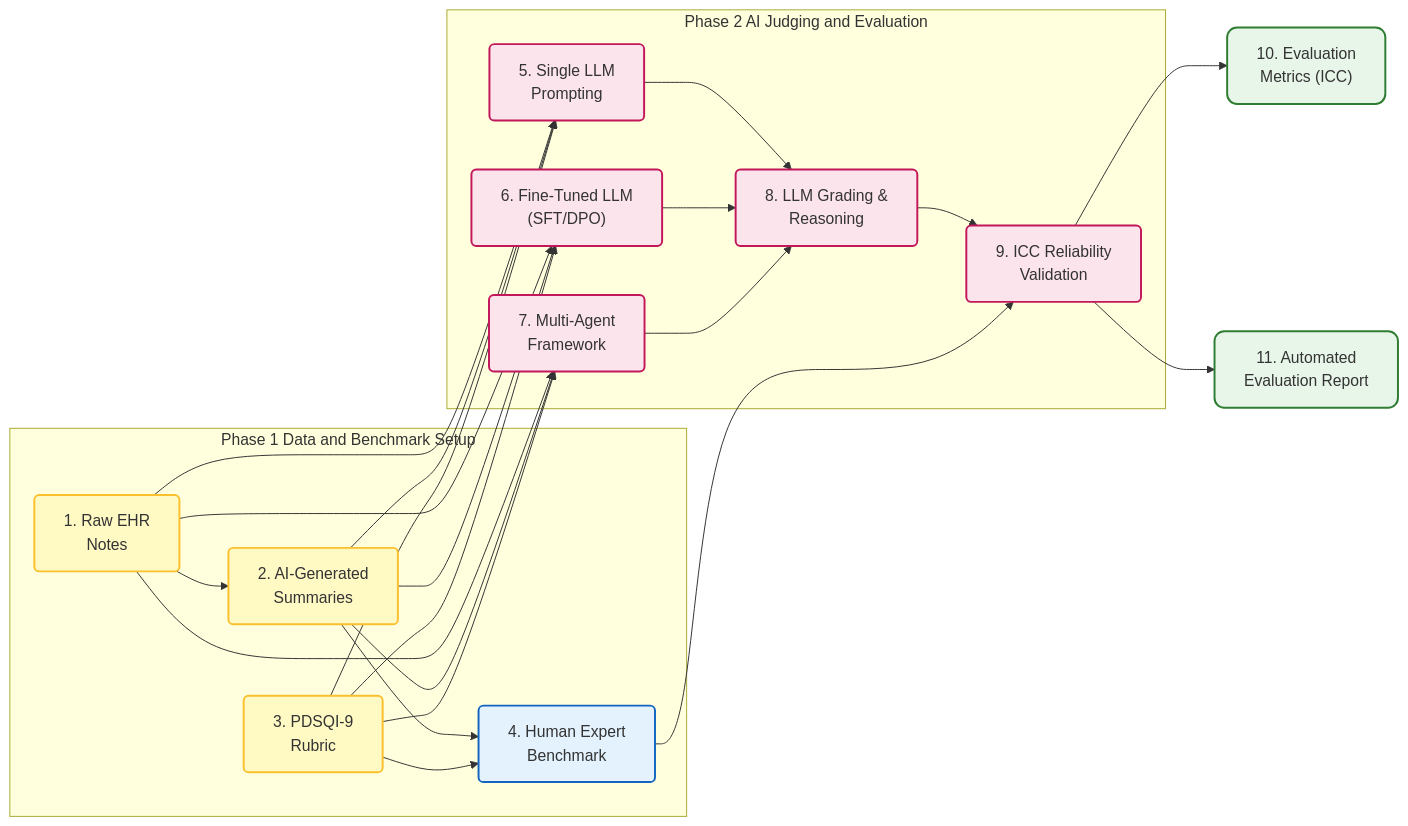
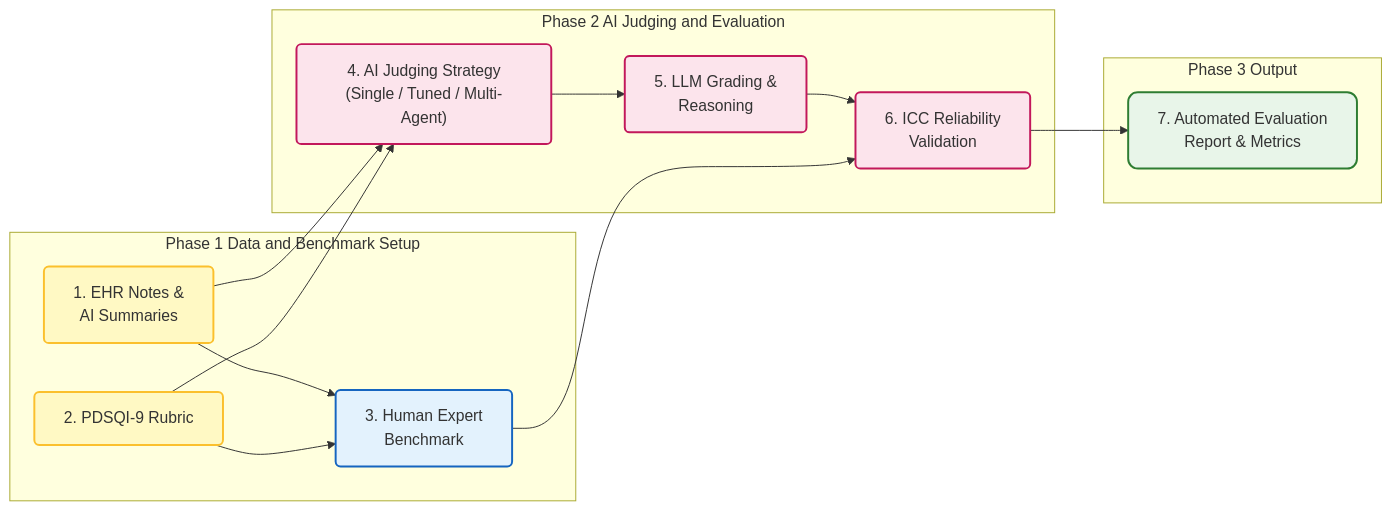
Before and after one commit to hhtrocket/HHT-Benchmark-dataset: the diagram in Literature Review/medical background AI agent evaluation.md, drawn with Mermaid. The commit also changed other lines of this file, not shown here.

Commit message:
Update medical background AI agent evaluation.md

````diff
--- a/Literature Review/medical background AI agent evaluation.md
+++ b/Literature Review/medical background AI agent evaluation.md
@@ -14,51 +16,35 @@
 ```mermaid
 graph LR
     classDef phase1 fill:#e3f2fd,stroke:#1565c0,stroke-width:2px,rx:5,ry:5;
     classDef phase2 fill:#fce4ec,stroke:#c2185b,stroke-width:2px,rx:5,ry:5;
     classDef input fill:#fff9c4,stroke:#fbc02d,stroke-width:2px,rx:5,ry:5;
     classDef report fill:#e8f5e9,stroke:#2e7d32,stroke-width:2px,rx:10,ry:10;
 
     subgraph Phase1 [Phase 1 Data and Benchmark Setup]
-        Notes["1. Raw EHR<br/>Notes"]:::input
-        Summaries["2. AI-Generated<br/>Summaries"]:::input
-        Rubric["3. PDSQI-9<br/>Rubric"]:::input
-        HumanEval["4. Human Expert<br/>Benchmark"]:::phase1
+        Data["1. EHR Notes &<br/>AI Summaries"]:::input
+        Rubric["2. PDSQI-9 Rubric"]:::input
+        HumanEval["3. Human Expert<br/>Benchmark"]:::phase1
         
-        Notes --> Summaries
-        Summaries --> HumanEval
+        Data --> HumanEval
         Rubric --> HumanEval
     end
 
     subgraph Phase2 [Phase 2 AI Judging and Evaluation]
-        SingleAgent["5. Single LLM<br/>Prompting"]:::phase2
-        TunedAgent["6. Fine-Tuned LLM<br/>(SFT/DPO)"]:::phase2
-        MultiAgent["7. Multi-Agent<br/>Framework"]:::phase2
-        LLMScore["8. LLM Grading &<br/>Reasoning"]:::phase2
-        Validation["9. ICC Reliability<br/>Validation"]:::phase2
+        Strategy["4. AI Judging Strategy<br/>(Single / Tuned / Multi-Agent)"]:::phase2
+        LLMScore["5. LLM Grading &<br/>Reasoning"]:::phase2
+        Validation["6. ICC Reliability<br/>Validation"]:::phase2
         
-        Notes --> SingleAgent
-        Summaries --> SingleAgent
-        Rubric --> SingleAgent
-        
-        Notes --> TunedAgent
-        Summaries --> TunedAgent
-        Rubric --> TunedAgent
-        
-        Notes --> MultiAgent
-        Summaries --> MultiAgent
-        Rubric --> MultiAgent
-        
-        SingleAgent --> LLMScore
-        TunedAgent --> LLMScore
-        MultiAgent --> LLMScore
-        
+        Strategy --> LLMScore
         LLMScore --> Validation
-        HumanEval --> Validation
     end
 
-    Metrics["10. Evaluation<br/>Metrics (ICC)"]:::report
-    Report["11. Automated<br/>Evaluation Report"]:::report
+    subgraph Phase3 [Phase 3 Output]
+        Report["7. Automated Evaluation<br/>Report & Metrics"]:::report
+    end
 
-    Validation --> Metrics
+    %% 跨阶段连线
+    Data --> Strategy
+    Rubric --> Strategy
+    HumanEval --> Validation
     Validation --> Report
 ```
````
